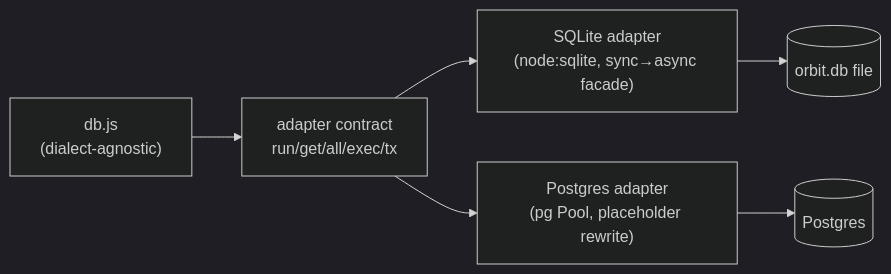
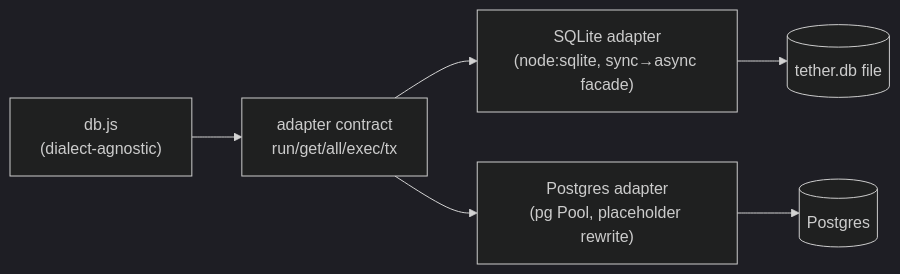
One commit to BLANCO-11/Orbit changed the seventh of 11 diagrams in docs/architecture.md. Above: the diagram before and after it, drawn with Mermaid (dark theme). The commit also changed other lines of this file and 119 other files, not shown here.

````diff
--- a/docs/architecture.md
+++ b/docs/architecture.md
@@ -307,8 +307,8 @@
 ```mermaid
 flowchart LR
     APP["db.js<br/>(dialect-agnostic)"] --> AD["adapter contract<br/>run/get/all/exec/tx"]
     AD --> S["SQLite adapter<br/>(node:sqlite, sync→async facade)"]
     AD --> P["Postgres adapter<br/>(pg Pool, placeholder rewrite)"]
-    S --> SF[("orbit.db file")]
+    S --> SF[("tether.db file")]
     P --> PG[("Postgres")]
 ```
````
